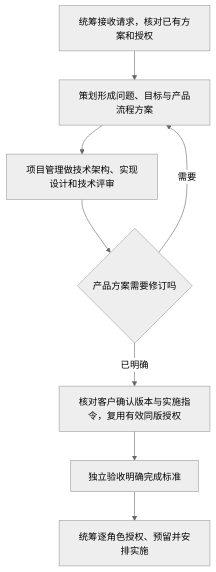
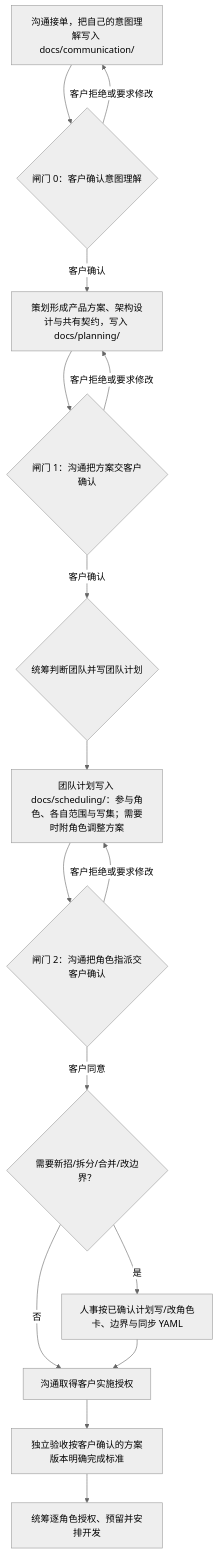
Before and after one commit to wangzhongren/ans-skill: the diagram in references/planning-role.md, drawn with Mermaid (neutral theme). The commit also changed other lines of this file and 78 other files, not shown here.

````diff
--- a/references/planning-role.md
+++ b/references/planning-role.md
@@ -21,10 +60,18 @@
 ```mermaid
 flowchart TD
-  intake[统筹接收请求，核对已有方案和授权] --> plan[策划形成问题、目标与产品流程方案]
-  plan --> technical[项目管理做技术架构、实现设计和技术评审]
-  technical --> revise{产品方案需要修订吗}
-  revise -->|需要| plan
-  revise -->|已明确| authorize[核对客户确认版本与实施指令，复用有效同版授权]
-  authorize --> criteria[独立验收明确完成标准]
-  criteria --> schedule[统筹逐角色授权、预留并安排实施]
+  intake[沟通接单，把自己的意图理解写入 docs/communication/] --> gate0{闸门 0：客户确认意图理解}
+  gate0 -->|客户确认| plan[策划形成产品方案、架构设计与共有契约，写入 docs/planning/]
+  gate0 -->|客户拒绝或要求修改| intake
+  plan --> gate1{闸门 1：沟通把方案交客户确认}
+  gate1 -->|客户确认| judge{统筹判断团队并写团队计划}
+  gate1 -->|客户拒绝或要求修改| plan
+  judge --> teamplan[团队计划写入 docs/scheduling/：参与角色、各自范围与写集；需要时附角色调整方案]
+  teamplan --> gate2{闸门 2：沟通把角色指派交客户确认}
+  gate2 -->|客户同意| needrecruit{需要新招/拆分/合并/改边界？}
+  gate2 -->|客户拒绝或要求修改| teamplan
+  needrecruit -->|是| roles[人事按已确认计划写/改角色卡、边界与同步 YAML]
+  needrecruit -->|否| authorize[沟通取得客户实施授权]
+  roles --> authorize
+  authorize --> criteria[独立验收按客户确认的方案版本明确完成标准]
+  criteria --> schedule[统筹逐角色授权、预留并安排开发]
 ```
````
